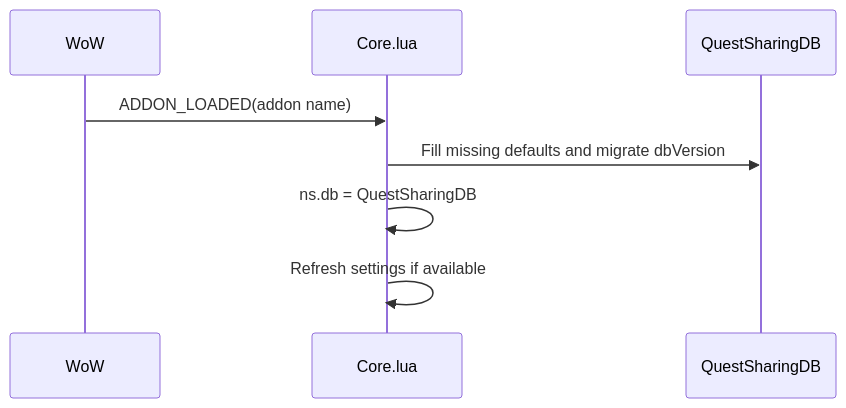
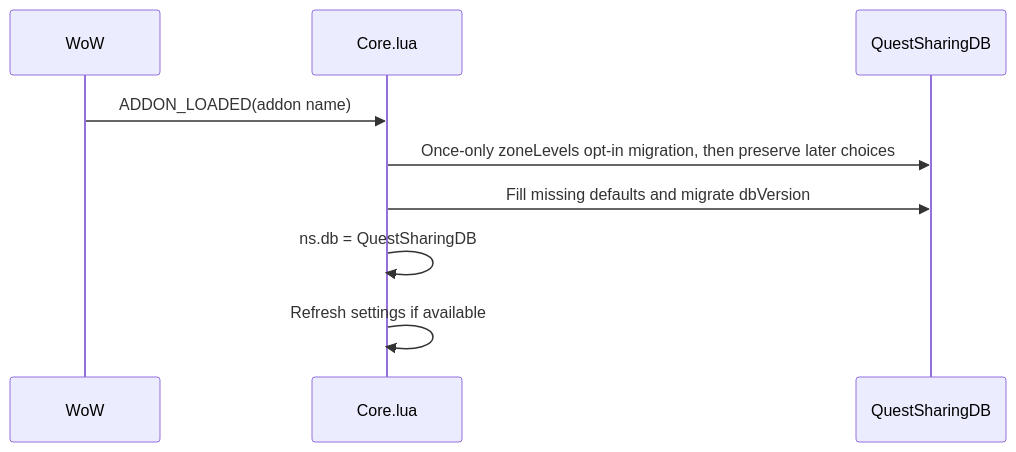
One commit to YodaGitMaster/QuestSharing changed the fourth of 10 diagrams in context/architecture.md. Above: the diagram before and after it, drawn with Mermaid. The commit also changed other lines of this file and 10 other files, not shown here.

Commit message:
Make zone level ranges opt-in with saved-state migration

````diff
--- a/context/architecture.md
+++ b/context/architecture.md
@@ -172,10 +173,11 @@
 ```mermaid
 sequenceDiagram
     participant Game as WoW
     participant Core as Core.lua
     participant Saved as QuestSharingDB
     Game->>Core: ADDON_LOADED(addon name)
+    Core->>Saved: Once-only zoneLevels opt-in migration, then preserve later choices
     Core->>Saved: Fill missing defaults and migrate dbVersion
     Core->>Core: ns.db = QuestSharingDB
     Core->>Core: Refresh settings if available
 ```
````
